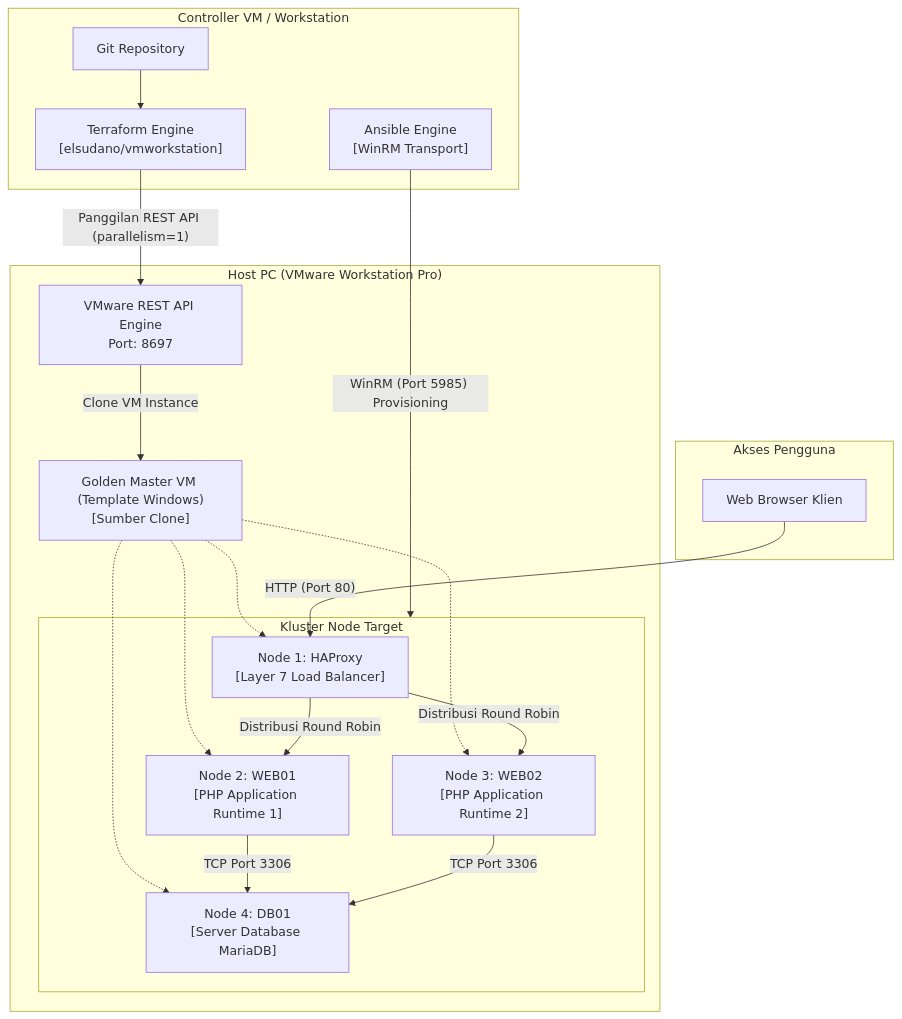
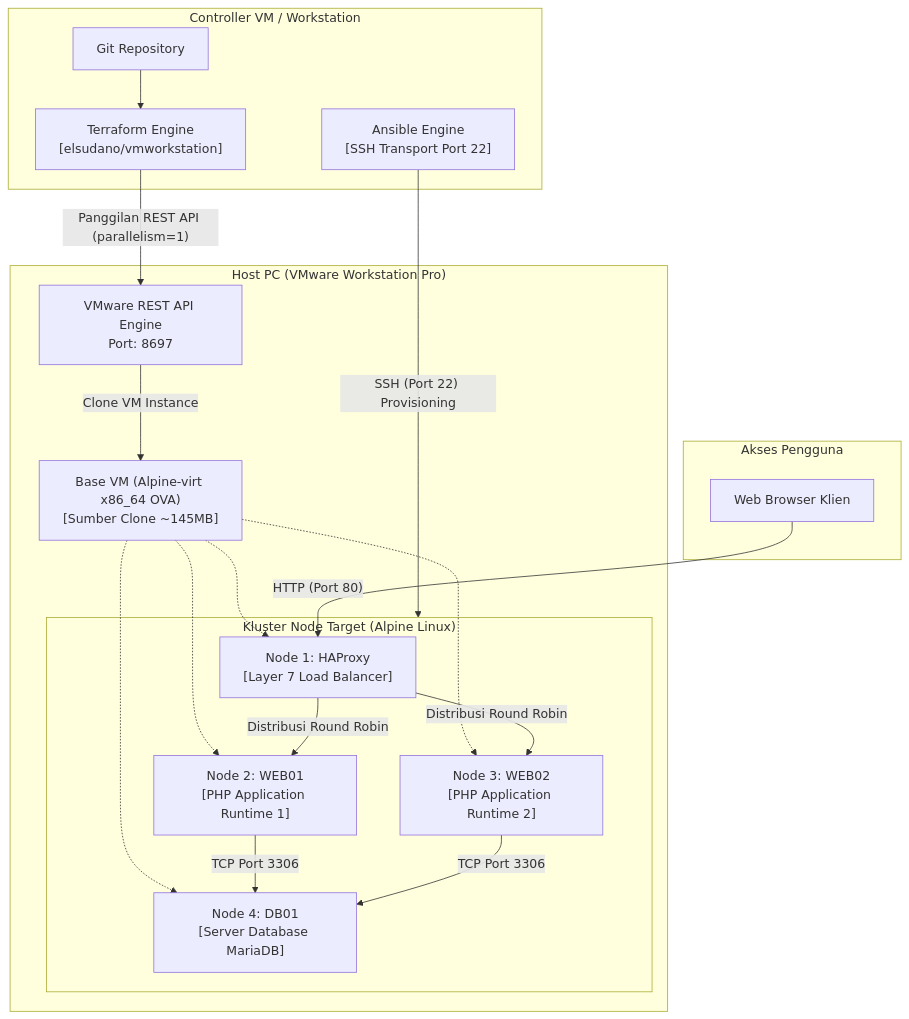
Before and after one commit to fendyramadhani9-cloud/kopdes-iac-automation: the diagram in README.md, drawn with Mermaid. The commit also changed other lines of this file and 14 other files, not shown here.

Commit message:
feat(infra): adapt automation and documentation for Alpine Linux base OVA

````diff
--- a/README.md
+++ b/README.md
@@ -34,40 +36,40 @@
 ```mermaid
 flowchart TD
     subgraph Host["Host PC (VMware Workstation Pro)"]
         vmrest["VMware REST API Engine\nPort: 8697"]
-        BaseVM["Golden Master VM (Template Windows)\n[Sumber Clone]"]
+        BaseVM["Base VM (Alpine-virt x86_64 OVA)\n[Sumber Clone ~145MB]"]
         
-        subgraph Cluster["Kluster Node Target"]
+        subgraph Cluster["Kluster Node Target (Alpine Linux)"]
             HAProxy["Node 1: HAProxy\n[Layer 7 Load Balancer]"]
             Web01["Node 2: WEB01\n[PHP Application Runtime 1]"]
             Web02["Node 3: WEB02\n[PHP Application Runtime 2]"]
             DB01["Node 4: DB01\n[Server Database MariaDB]"]
         end
     end
 
     subgraph ControlNode["Controller VM / Workstation"]
         GitRepo["Git Repository"]
         TF["Terraform Engine\n[elsudano/vmworkstation]"]
-        Ansible["Ansible Engine\n[WinRM Transport]"]
+        Ansible["Ansible Engine\n[SSH Transport Port 22]"]
     end
 
     subgraph Clients["Akses Pengguna"]
         Browser["Web Browser Klien"]
     end
 
     GitRepo --> TF
     TF -->|"Panggilan REST API (parallelism=1)"| vmrest
     vmrest -->|"Clone VM Instance"| BaseVM
     BaseVM -.-> HAProxy
     BaseVM -.-> Web01
     BaseVM -.-> Web02
     BaseVM -.-> DB01
 
-    Ansible -->|"WinRM (Port 5985) Provisioning"| Cluster
+    Ansible -->|"SSH (Port 22) Provisioning"| Cluster
 
     Browser -->|"HTTP (Port 80)"| HAProxy
     HAProxy -->|"Distribusi Round Robin"| Web01
     HAProxy -->|"Distribusi Round Robin"| Web02
     Web01 -->|"TCP Port 3306"| DB01
     Web02 -->|"TCP Port 3306"| DB01
 ```
````
